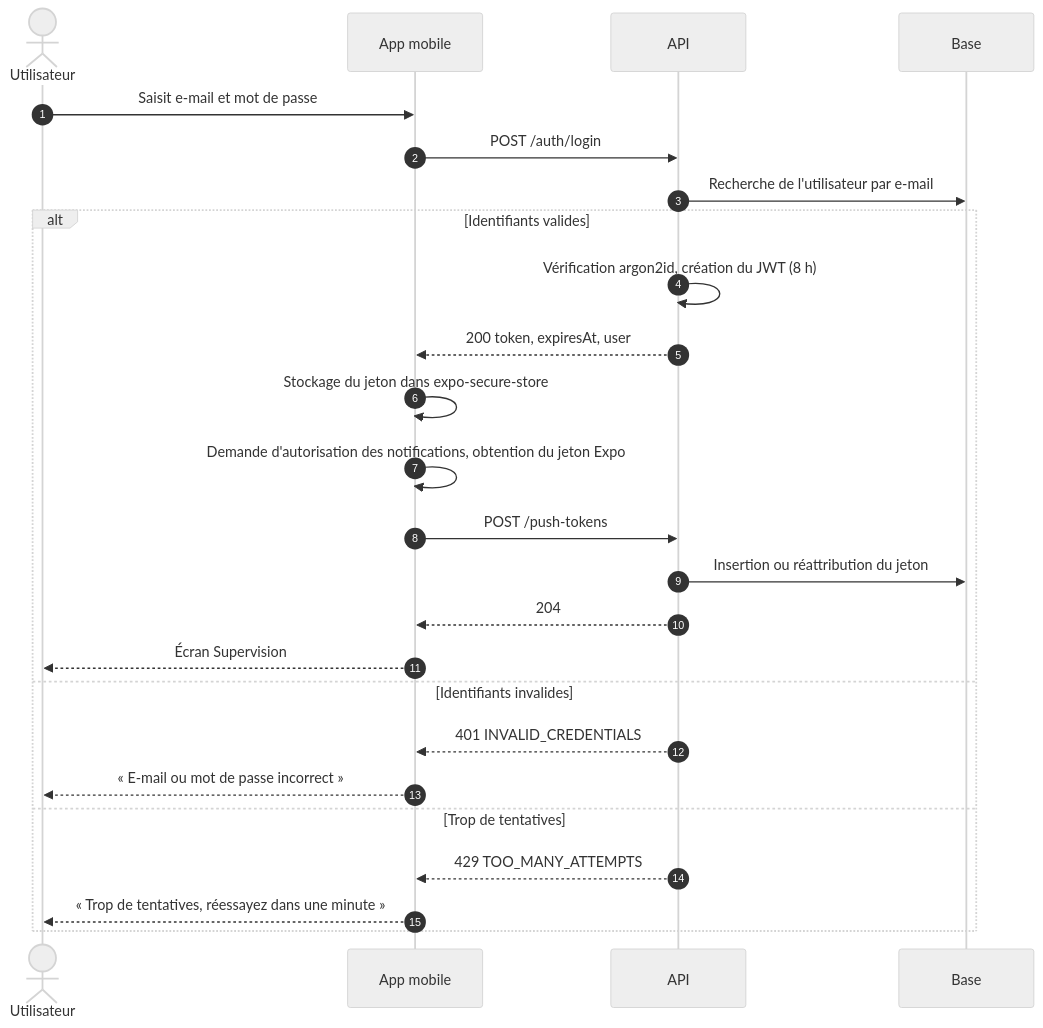
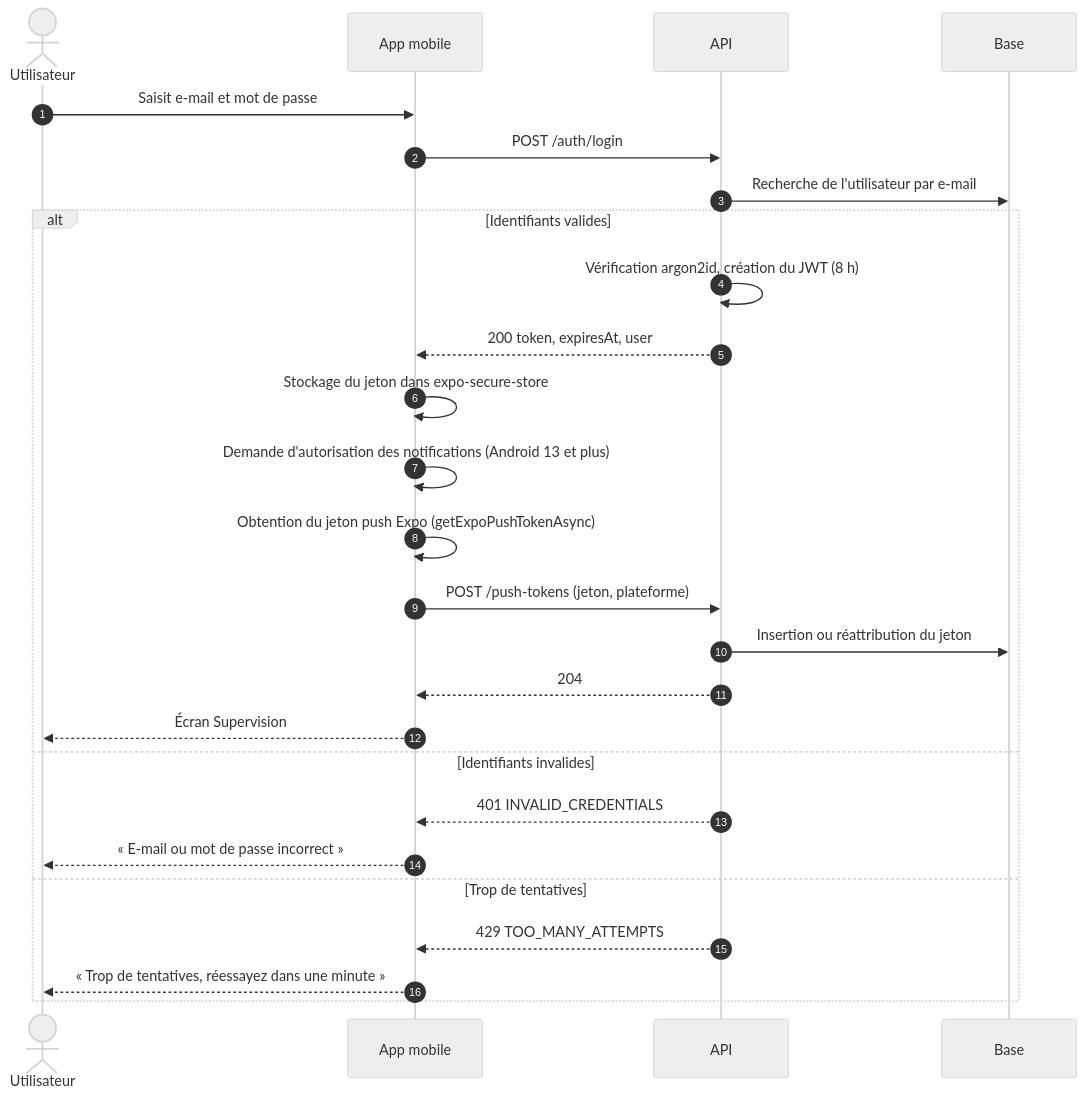
One commit to SamuelLnds/proj-app-mobile-co changed the third of 13 diagrams in docs/conception/02-uml.md. Above: the diagram before and after it, drawn with Mermaid (neutral theme). The commit also changed other lines of this file and 5 other files, not shown here.

First line of the commit message:
docs(design): remplace ntfy par le push Expo et les notifications locales

````diff
--- a/docs/conception/02-uml.md
+++ b/docs/conception/02-uml.md
@@ -216,28 +216,29 @@
 ```mermaid
 sequenceDiagram
   autonumber
   actor U as Utilisateur
   participant App as App mobile
   participant API as API
   participant DB as Base
 
   U->>App: Saisit e-mail et mot de passe
   App->>API: POST /auth/login
   API->>DB: Recherche de l'utilisateur par e-mail
   alt Identifiants valides
     API->>API: Vérification argon2id, création du JWT (8 h)
     API-->>App: 200 token, expiresAt, user
     App->>App: Stockage du jeton dans expo-secure-store
-    App->>App: Demande d'autorisation des notifications, obtention du jeton Expo
-    App->>API: POST /push-tokens
+    App->>App: Demande d'autorisation des notifications (Android 13 et plus)
+    App->>App: Obtention du jeton push Expo (getExpoPushTokenAsync)
+    App->>API: POST /push-tokens (jeton, plateforme)
     API->>DB: Insertion ou réattribution du jeton
     API-->>App: 204
     App-->>U: Écran Supervision
   else Identifiants invalides
     API-->>App: 401 INVALID_CREDENTIALS
     App-->>U: « E-mail ou mot de passe incorrect »
   else Trop de tentatives
     API-->>App: 429 TOO_MANY_ATTEMPTS
     App-->>U: « Trop de tentatives, réessayez dans une minute »
   end
 ```
````
